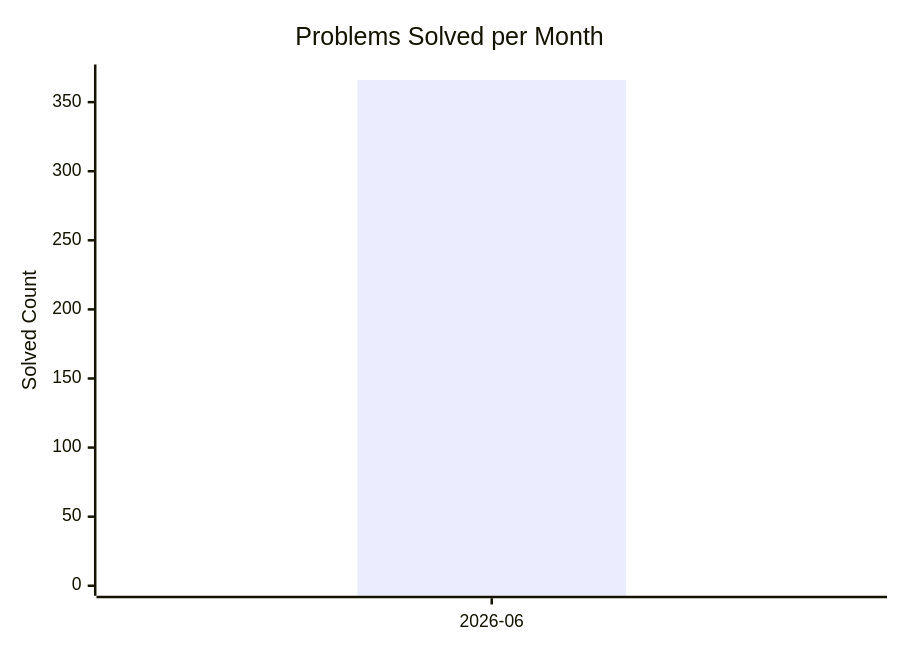
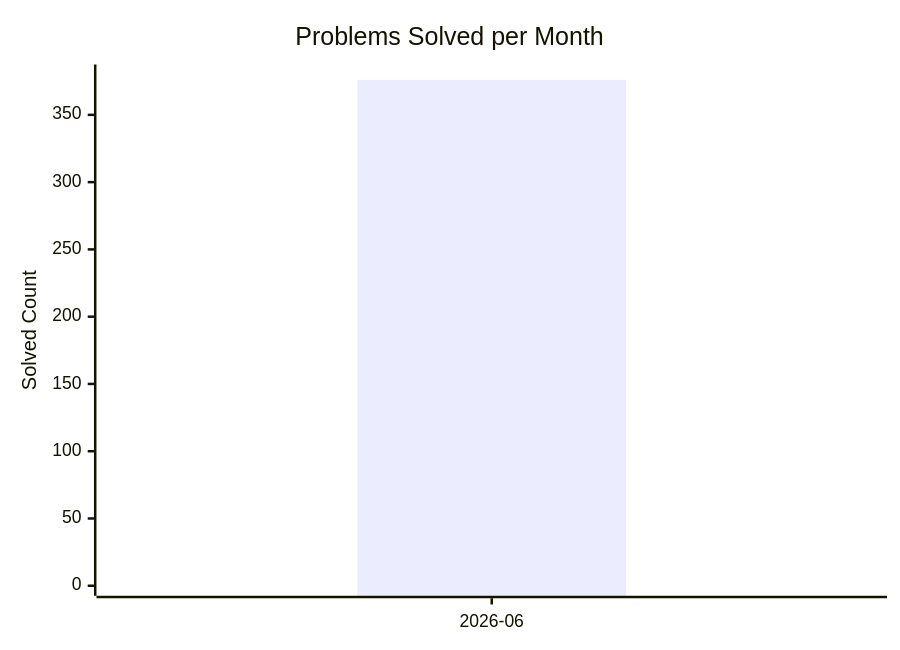
One commit to AdityaPandey-DEV/CP-Progress-Sync changed the diagram in dashboard.md. Above: the diagram before and after it, drawn with Mermaid. The commit also changed other lines of this file, not shown here.

Commit message:
Auto-update CP dashboard [skip ci]

````diff
--- a/dashboard.md
+++ b/dashboard.md
@@ -8,8 +8,8 @@
 ```mermaid
 xychart-beta
     title "Problems Solved per Month"
     x-axis ["2026-06"]
-    y-axis "Solved Count" 0 --> 370
-    bar [366]
-    line [366]
+    y-axis "Solved Count" 0 --> 380
+    bar [376]
+    line [376]
 ```
````
